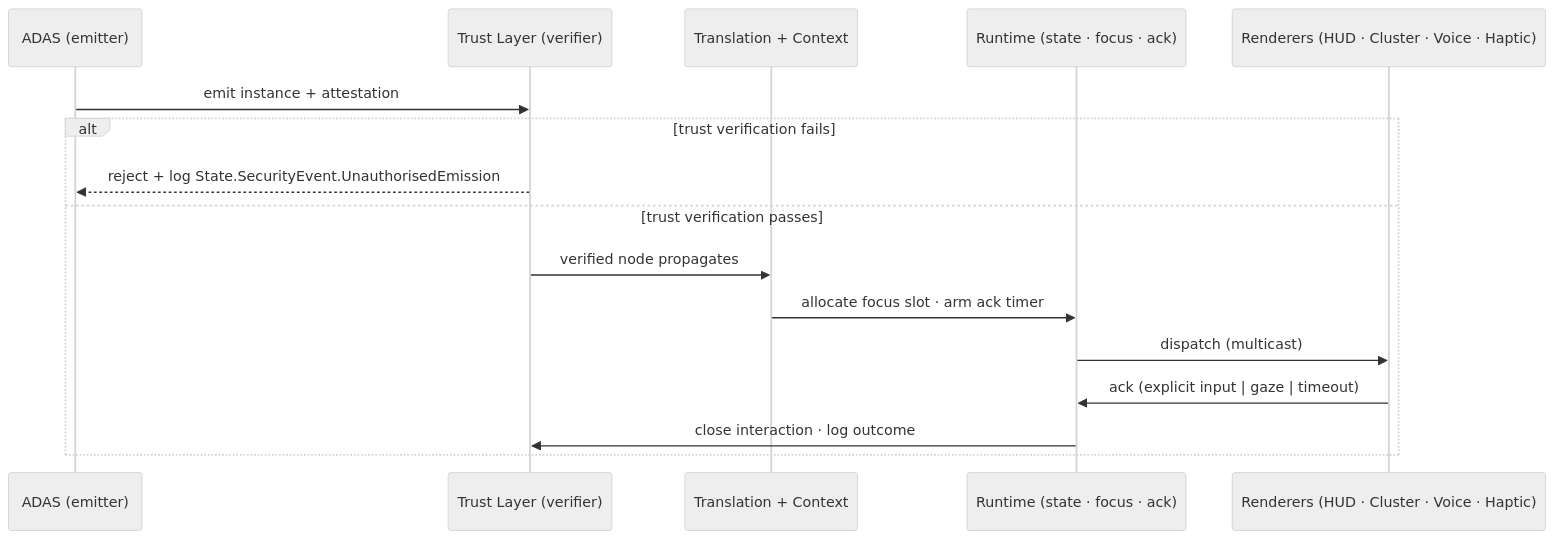
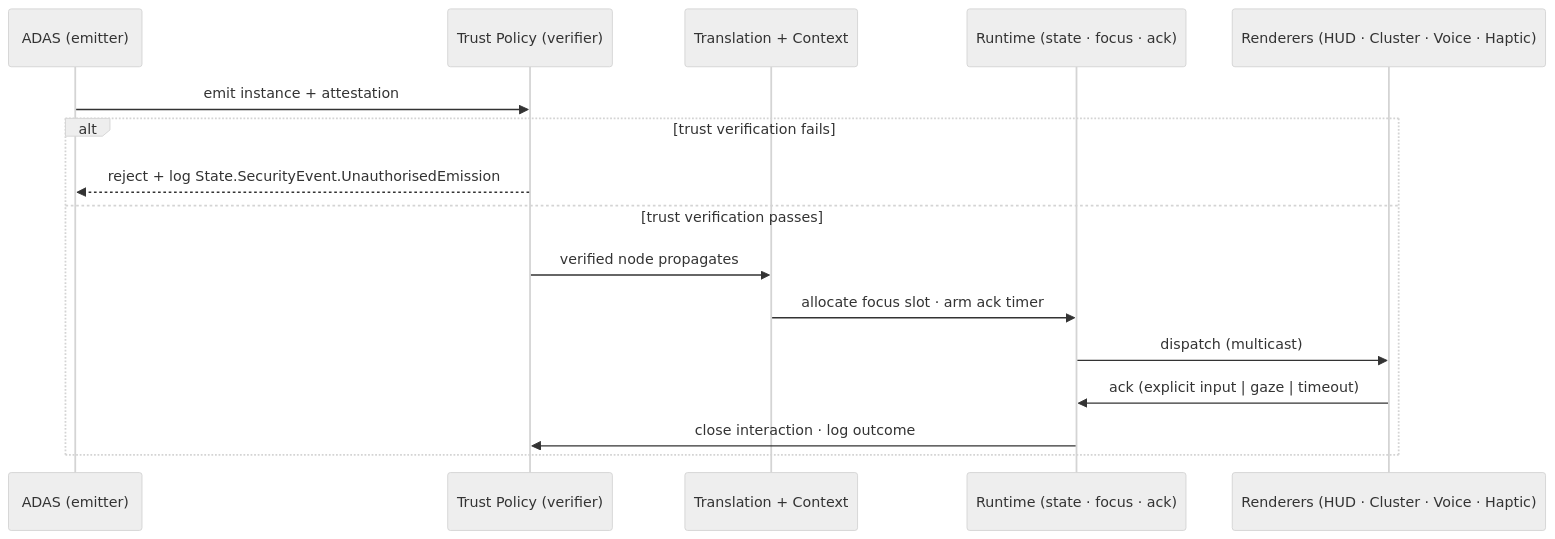
The diagram in 02_Appendix-a-worked-example.md (yaneczech/SIA), drawn with Mermaid (neutral theme) before and after one commit. The commit also changed 2 other files, not shown here.

Commit message:
Fix terminology consistency across all files
- README: remove duplicate intro paragraph
- README: update 'The proposal' from six-layer to mediation architecture
  terminology (Context Policy, Trust Policy, four components + two
  cross-cutting policy functions)
- README: fix Fig 2 link label to 'Mediation architecture'
- README: update 'Read the paper' description to match current framing
- Paper §3: add missing Renderer Layer prose description (was in Mermaid
  but not explained in text)
- Paper Fig 1 Mermaid: update SIA sublabel to current component names
- Appendix A.3 Mermaid: 'Trust Layer' → 'Trust Policy'

````diff
--- a/02_Appendix-a-worked-example.md
+++ b/02_Appendix-a-worked-example.md
@@ -90,20 +90,20 @@
 ```mermaid
 sequenceDiagram
     participant ADAS as ADAS (emitter)
-    participant Trust as Trust Layer (verifier)
+    participant Trust as Trust Policy (verifier)
     participant Trans as Translation + Context
     participant Runtime as Runtime (state · focus · ack)
     participant Renderers as Renderers (HUD · Cluster · Voice · Haptic)
 
     ADAS->>Trust: emit instance + attestation
 
     alt trust verification fails
         Trust-->>ADAS: reject + log State.SecurityEvent.UnauthorisedEmission
     else trust verification passes
         Trust->>Trans: verified node propagates
         Trans->>Runtime: allocate focus slot · arm ack timer
         Runtime->>Renderers: dispatch (multicast)
         Renderers->>Runtime: ack (explicit input | gaze | timeout)
         Runtime->>Trust: close interaction · log outcome
     end
 ```
````
